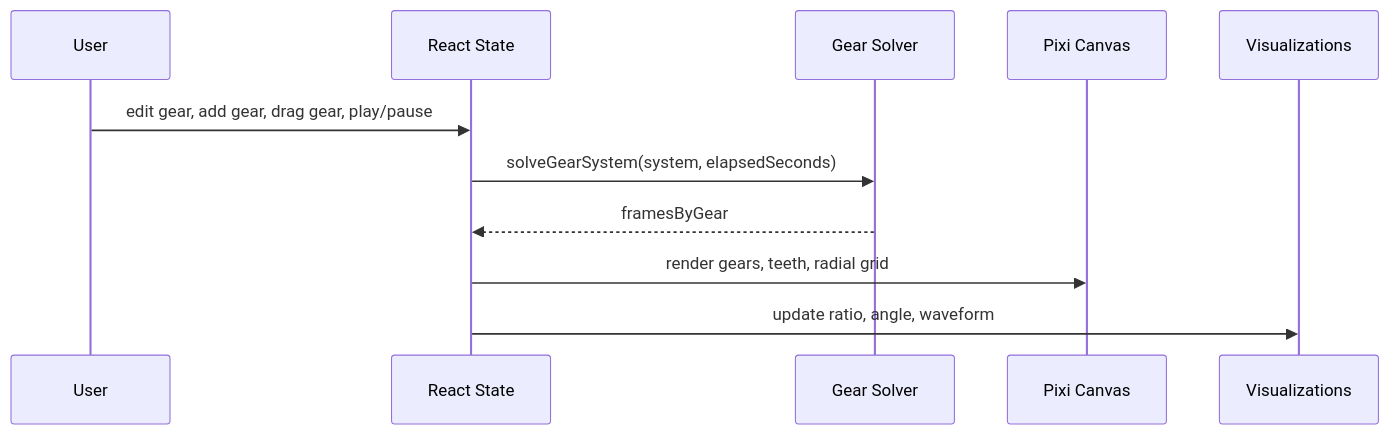
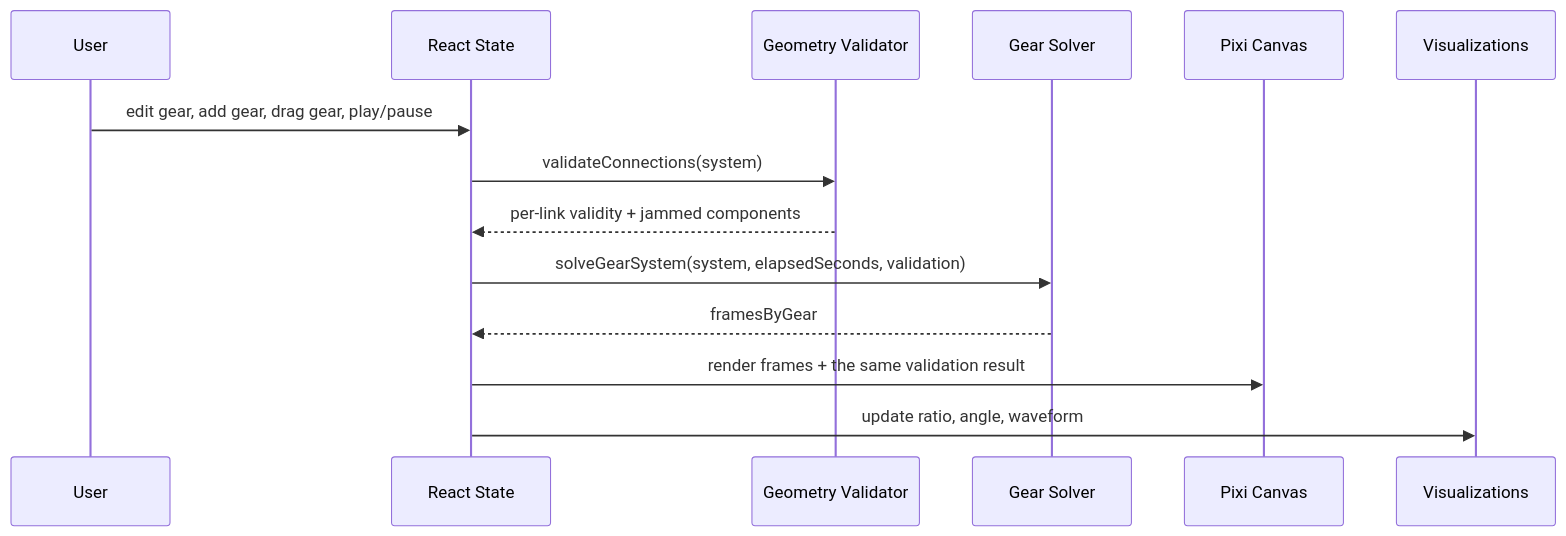
Before and after one commit to mjshuff23/interactive-gear-simulator: the third of 4 diagrams in docs/architecture/system-map.md, drawn with Mermaid. The commit also changed other lines of this file and 17 other files, not shown here.

````diff
--- a/docs/architecture/system-map.md
+++ b/docs/architecture/system-map.md
@@ -82,14 +88,17 @@
 ```mermaid
 sequenceDiagram
   participant U as User
   participant R as React State
+  participant G as Geometry Validator
   participant E as Gear Solver
   participant C as Pixi Canvas
   participant V as Visualizations
 
   U->>R: edit gear, add gear, drag gear, play/pause
-  R->>E: solveGearSystem(system, elapsedSeconds)
+  R->>G: validateConnections(system)
+  G-->>R: per-link validity + jammed components
+  R->>E: solveGearSystem(system, elapsedSeconds, validation)
   E-->>R: framesByGear
-  R->>C: render gears, teeth, radial grid
+  R->>C: render frames + the same validation result
   R->>V: update ratio, angle, waveform
 ```
````
